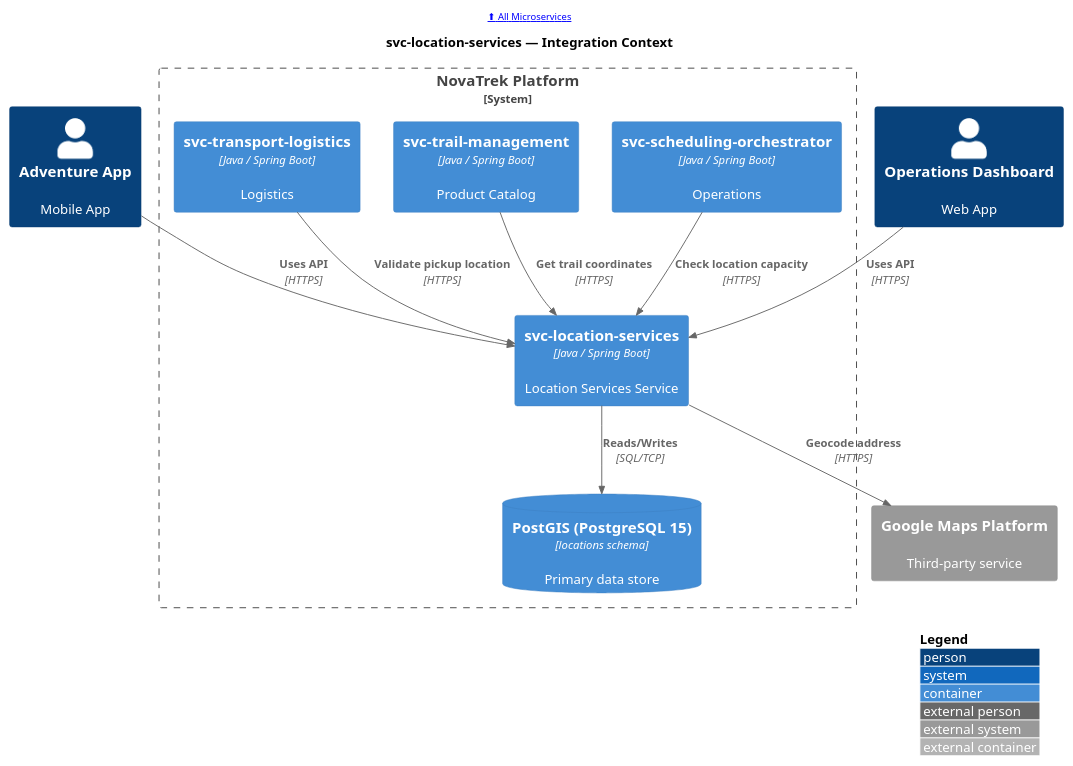
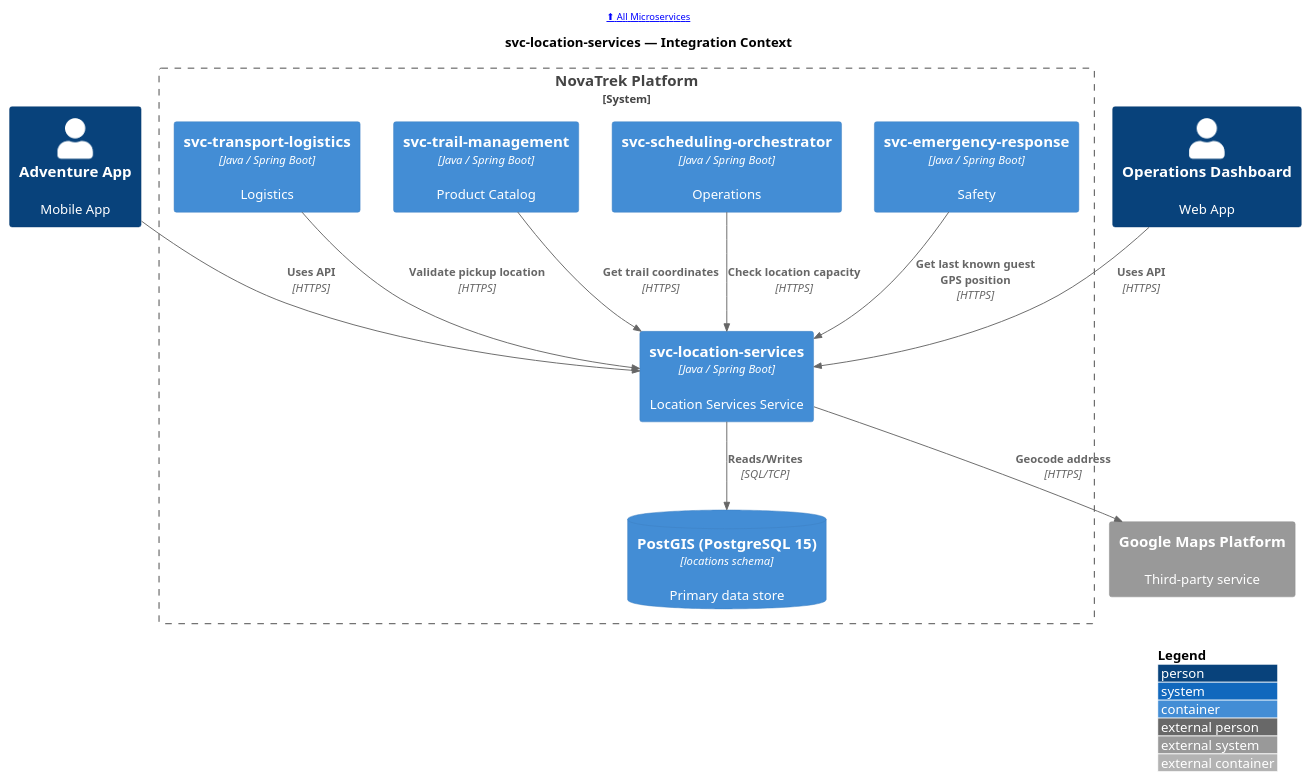
The diagram in portal/site/microservices/puml/svc-location-services--c4-context.puml (christopherblaisdell/continuous-architecture-platform-poc), drawn with PlantUML before and after one commit. The commit also changed 122 other files, not shown here.

Commit message:
Add svc-emergency-response and svc-wildlife-tracking: 2 new Safety domain services with OpenAPI specs, AsyncAPI events, metadata, 182 diagrams, deployed to Azure SWA

```diff
--- a/portal/site/microservices/puml/svc-location-services--c4-context.puml
+++ b/portal/site/microservices/puml/svc-location-services--c4-context.puml
@@ -1,32 +1,34 @@
 @startuml
 !include <c4/C4_Container>
 
 LAYOUT_WITH_LEGEND()
 LAYOUT_TOP_DOWN()
 
 header [[/microservices/ ⬆ All Microservices]]
 
 title svc-location-services — Integration Context
 
 Person(app_guest_mobile, "Adventure App", "Mobile App", $link="/applications/app-guest-mobile/#service-dependencies")
 Person(web_ops_dashboard, "Operations Dashboard", "Web App", $link="/applications/web-ops-dashboard/#service-dependencies")
 
 System_Boundary(boundary, "NovaTrek Platform") {
     Container(svc_location_services, "svc-location-services", "Java / Spring Boot", "Location Services Service", $link="/microservices/svc-location-services/")
     ContainerDb(svc_location_services_db, "PostGIS (PostgreSQL 15)", "locations schema", "Primary data store", $link="/microservices/svc-location-services/#data-store")
+    Container(svc_emergency_response, "svc-emergency-response", "Java / Spring Boot", "Safety", $link="/microservices/svc-emergency-response/#integration-context")
     Container(svc_scheduling_orchestrator, "svc-scheduling-orchestrator", "Java / Spring Boot", "Operations", $link="/microservices/svc-scheduling-orchestrator/#integration-context")
     Container(svc_trail_management, "svc-trail-management", "Java / Spring Boot", "Product Catalog", $link="/microservices/svc-trail-management/#integration-context")
     Container(svc_transport_logistics, "svc-transport-logistics", "Java / Spring Boot", "Logistics", $link="/microservices/svc-transport-logistics/#integration-context")
 }
 
 System_Ext(Google_Maps_Platform, "Google Maps Platform", "Third-party service", $link="/actors/#google-maps-platform")
 
 Rel(app_guest_mobile, svc_location_services, "Uses API", "HTTPS")
 Rel(web_ops_dashboard, svc_location_services, "Uses API", "HTTPS")
+Rel(svc_emergency_response, svc_location_services, "Get last known guest GPS position", "HTTPS")
 Rel(svc_scheduling_orchestrator, svc_location_services, "Check location capacity", "HTTPS")
 Rel(svc_trail_management, svc_location_services, "Get trail coordinates", "HTTPS")
 Rel(svc_transport_logistics, svc_location_services, "Validate pickup location", "HTTPS")
 Rel(svc_location_services, svc_location_services_db, "Reads/Writes", "SQL/TCP")
 Rel(svc_location_services, Google_Maps_Platform, "Geocode address", "HTTPS")
 
 @enduml
```
